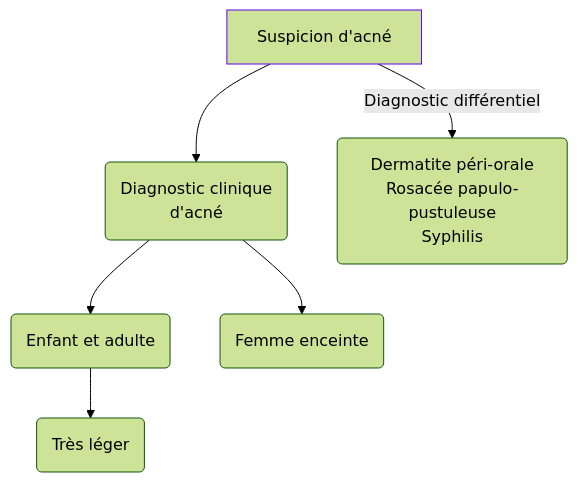
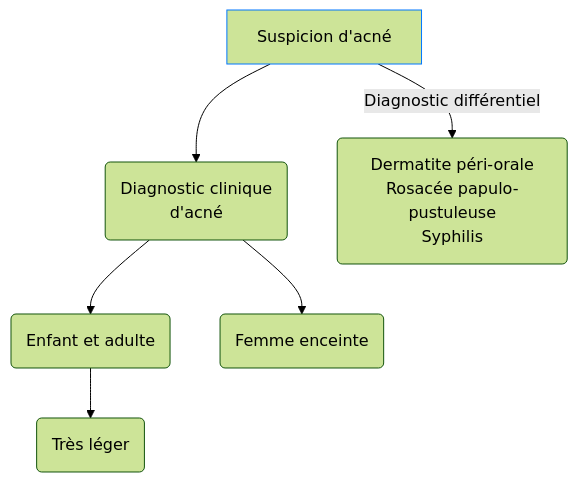
Before and after one commit to djibe/recommandations-medicales: the diagram in content/recommandations/acne.md, drawn with Mermaid (forest theme). The commit also changed 30 other files, not shown here.

```diff
--- a/content/recommandations/acne.md
+++ b/content/recommandations/acne.md
@@ -173,9 +173,9 @@
 {{< mermaid >}}
 graph TB
   suspicion[Suspicion d'acné] --> diagnostic("Diagnostic clinique<br>d'acné")
-  style suspicion stroke:#6200ee, stroke-width:1px
+  style suspicion stroke:#0077ff, stroke-width:1px
   suspicion --"Diagnostic différentiel"--> differentiel("Dermatite péri-orale<br>Rosacée papulo-pustuleuse<br>Syphilis")
     diagnostic --> personne("Enfant et adulte")
       personne --> tresLeger("Très léger")
     diagnostic --> grossesse("Femme enceinte")
 {{< /mermaid >}}
```
